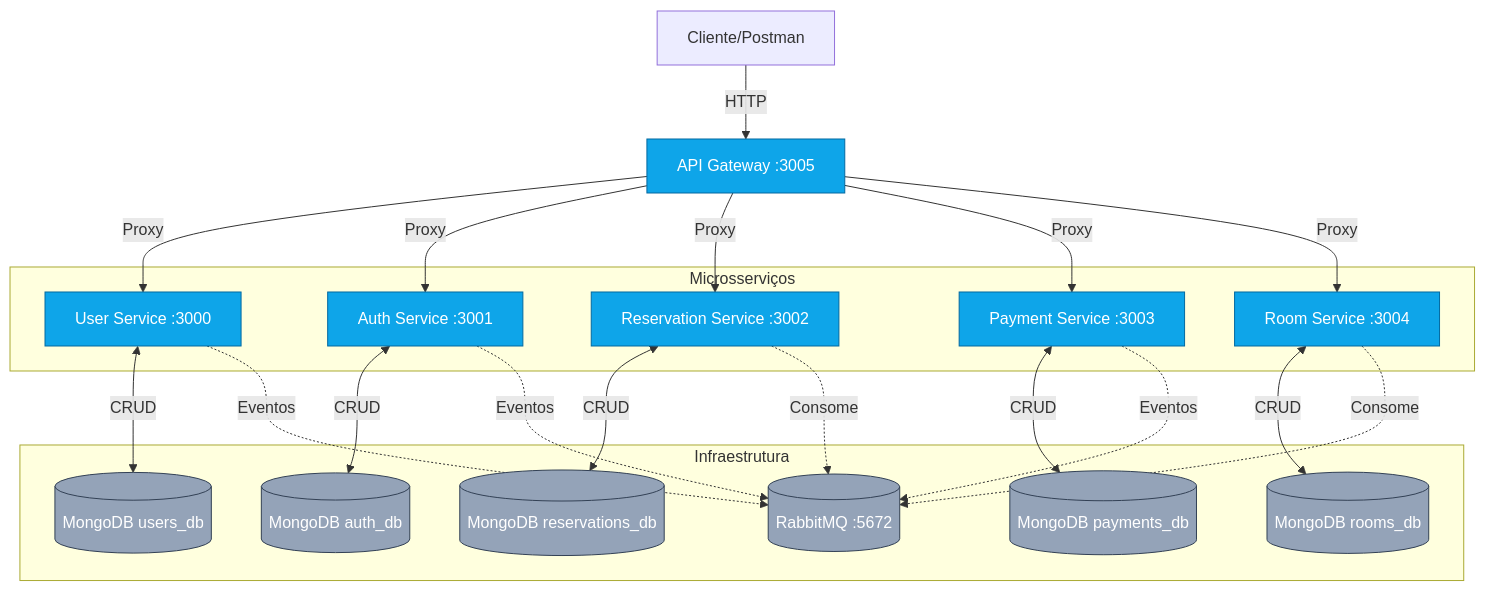
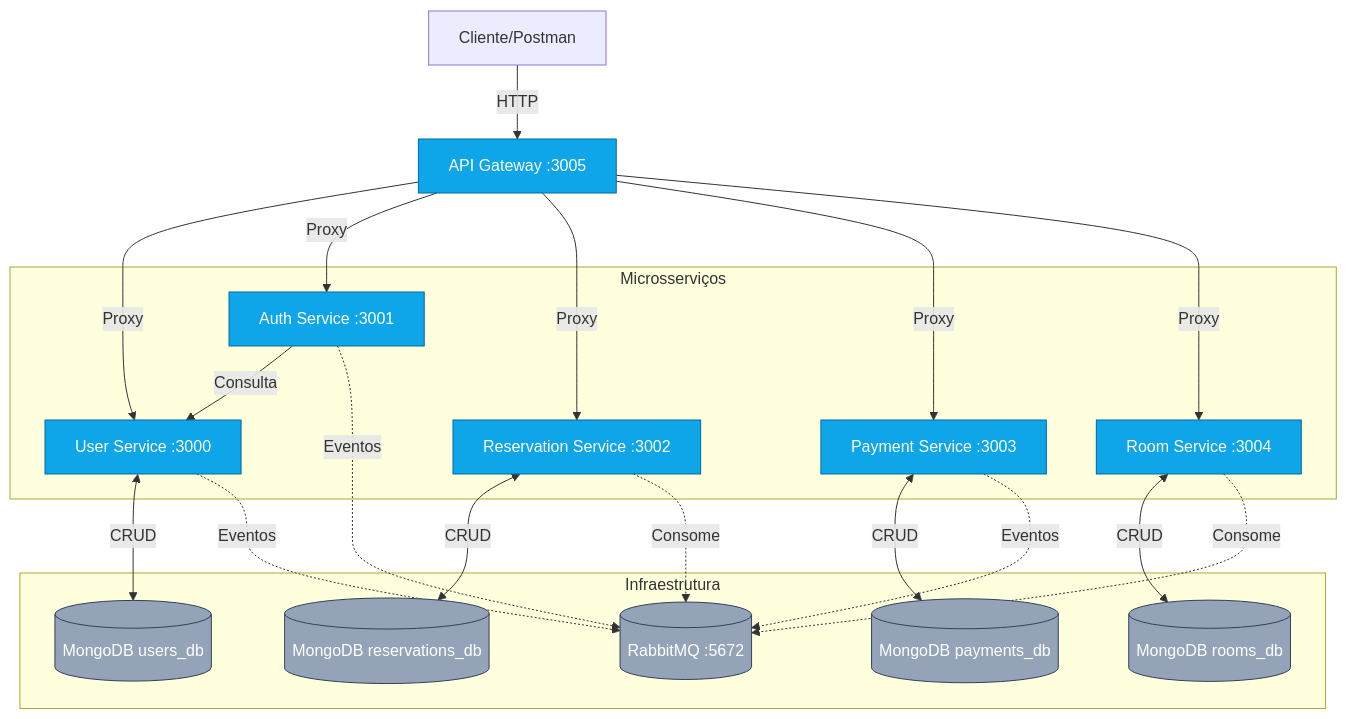
Before and after one commit to nathalia-acordi/hotel-management-system: the diagram in README.md, drawn with Mermaid. The commit also changed other lines of this file, not shown here.

````diff
--- a/README.md
+++ b/README.md
@@ -58,45 +58,44 @@
 ```mermaid
 graph TB
     Client[Cliente/Postman] -->|HTTP| Gateway[API Gateway :3005]
     
     subgraph Microsserviços
         User[User Service :3000]
         Auth[Auth Service :3001]
         Reservation[Reservation Service :3002]
         Payment[Payment Service :3003]
         Room[Room Service :3004]
     end
     
     subgraph Infraestrutura
         RMQ[(RabbitMQ :5672)]
         DB_User[(MongoDB users_db)]
-        DB_Auth[(MongoDB auth_db)]
         DB_Reservation[(MongoDB reservations_db)]
         DB_Payment[(MongoDB payments_db)]
         DB_Room[(MongoDB rooms_db)]
     end
     
     Gateway -->|Proxy| User
     Gateway -->|Proxy| Auth
     Gateway -->|Proxy| Reservation
     Gateway -->|Proxy| Payment
     Gateway -->|Proxy| Room
     
     User <-->|CRUD| DB_User
-    Auth <-->|CRUD| DB_Auth
+    Auth -->|Consulta| User
     Reservation <-->|CRUD| DB_Reservation
     Payment <-->|CRUD| DB_Payment
     Room <-->|CRUD| DB_Room
     
     User -.->|Eventos| RMQ
     Auth -.->|Eventos| RMQ
     Payment -.->|Eventos| RMQ
     Reservation -.->|Consome| RMQ
     Room -.->|Consome| RMQ
     
     classDef service fill:#0ea5e9,stroke:#0369a1,color:#fff
     classDef infra fill:#94a3b8,stroke:#334155,color:#fff
     
     class User,Auth,Reservation,Payment,Room,Gateway service
     class RMQ,DB_User,DB_Auth,DB_Reservation,DB_Payment,DB_Room infra
 ```
````
